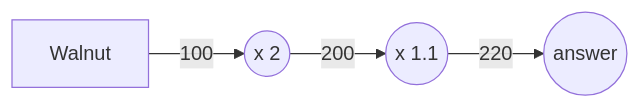
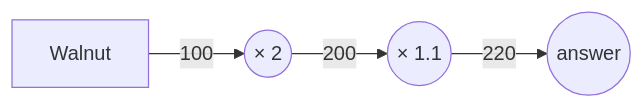
Before and after one commit to Vorschlag-bit/blog: the first of 10 diagrams in posts/bpoe.md, drawn with Mermaid. The commit also changed other lines of this file, not shown here.

````diff
--- a/posts/bpoe.md
+++ b/posts/bpoe.md
@@ -18,6 +18,6 @@
 ```mermaid
 flowchart LR
-    A[Walnut] -- 100 --> B((x 2))
-    B -- 200 --> C((x 1.1))
+    A[Walnut] -- 100 --> B((× 2))
+    B -- 200 --> C((× 1.1))
     C -- 220 --> D((answer))
 ```
````
